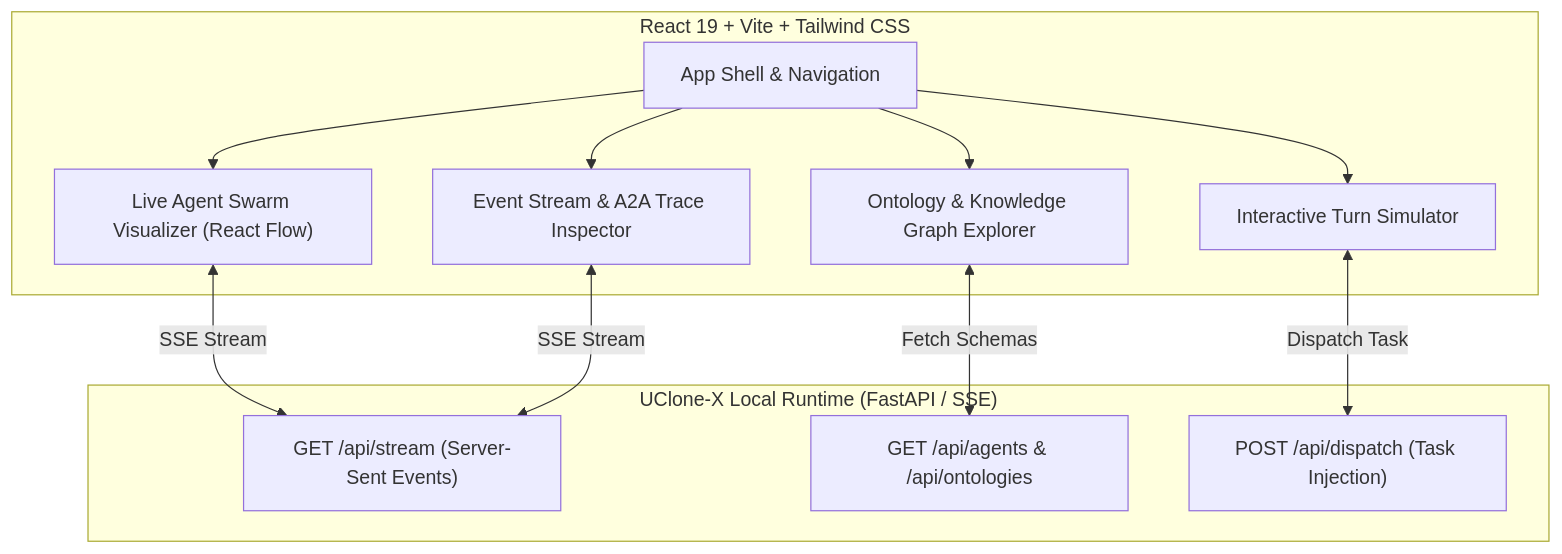
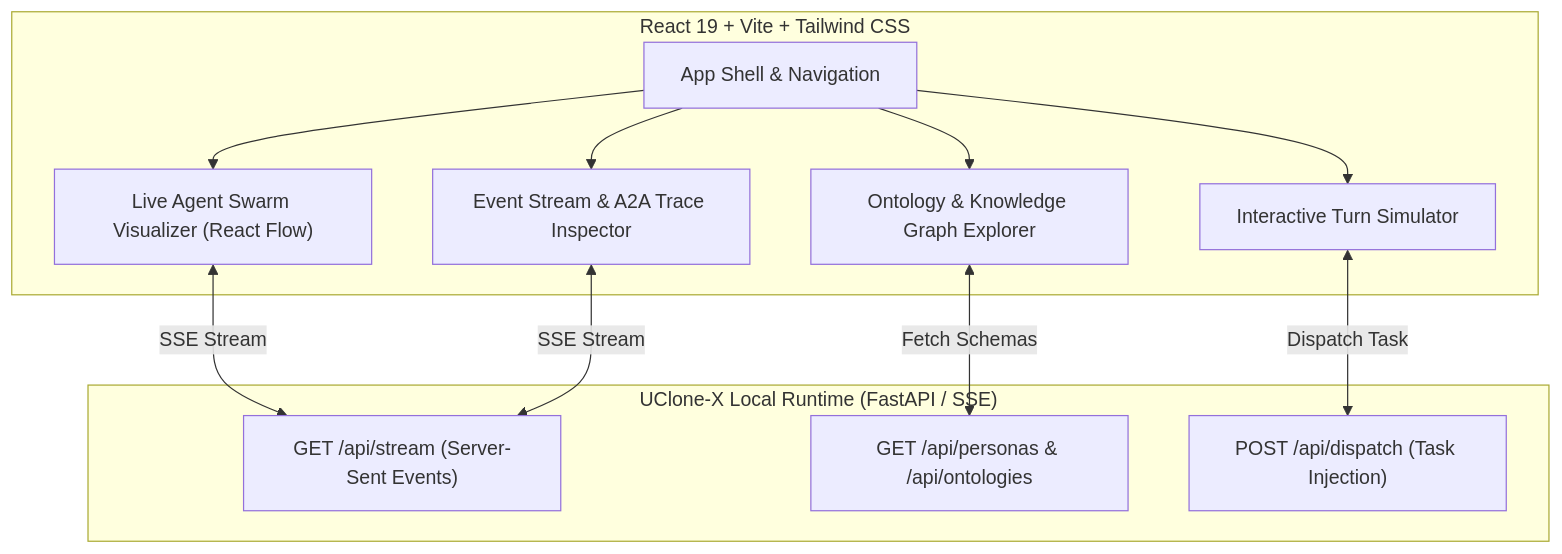
The diagram in docs/ui-dashboard-architecture.md (UClone-AI/uclone-x), drawn with Mermaid before and after one commit. The commit also changed other lines of this file and 488 other files, not shown here.

````diff
--- a/docs/ui-dashboard-architecture.md
+++ b/docs/ui-dashboard-architecture.md
@@ -115,26 +125,26 @@
 ```mermaid
 flowchart TD
     subgraph Frontend["React 19 + Vite + Tailwind CSS"]
         App["App Shell & Navigation"]
         SwarmViewer["Live Agent Swarm Visualizer (React Flow)"]
         EventStreamViewer["Event Stream & A2A Trace Inspector"]
         OntologyGraph["Ontology & Knowledge Graph Explorer"]
         ChatPlayground["Interactive Turn Simulator"]
     end
 
     subgraph BackendAPI["UClone-X Local Runtime (FastAPI / SSE)"]
         SSEEndpoint["GET /api/stream (Server-Sent Events)"]
-        StateEndpoint["GET /api/agents & /api/ontologies"]
+        StateEndpoint["GET /api/personas & /api/ontologies"]
         DispatchEndpoint["POST /api/dispatch (Task Injection)"]
     end
 
     App --> SwarmViewer
     App --> EventStreamViewer
     App --> OntologyGraph
     App --> ChatPlayground
 
     SwarmViewer <-->|SSE Stream| SSEEndpoint
     EventStreamViewer <-->|SSE Stream| SSEEndpoint
     OntologyGraph <-->|Fetch Schemas| StateEndpoint
     ChatPlayground <-->|Dispatch Task| DispatchEndpoint
 ```
````
